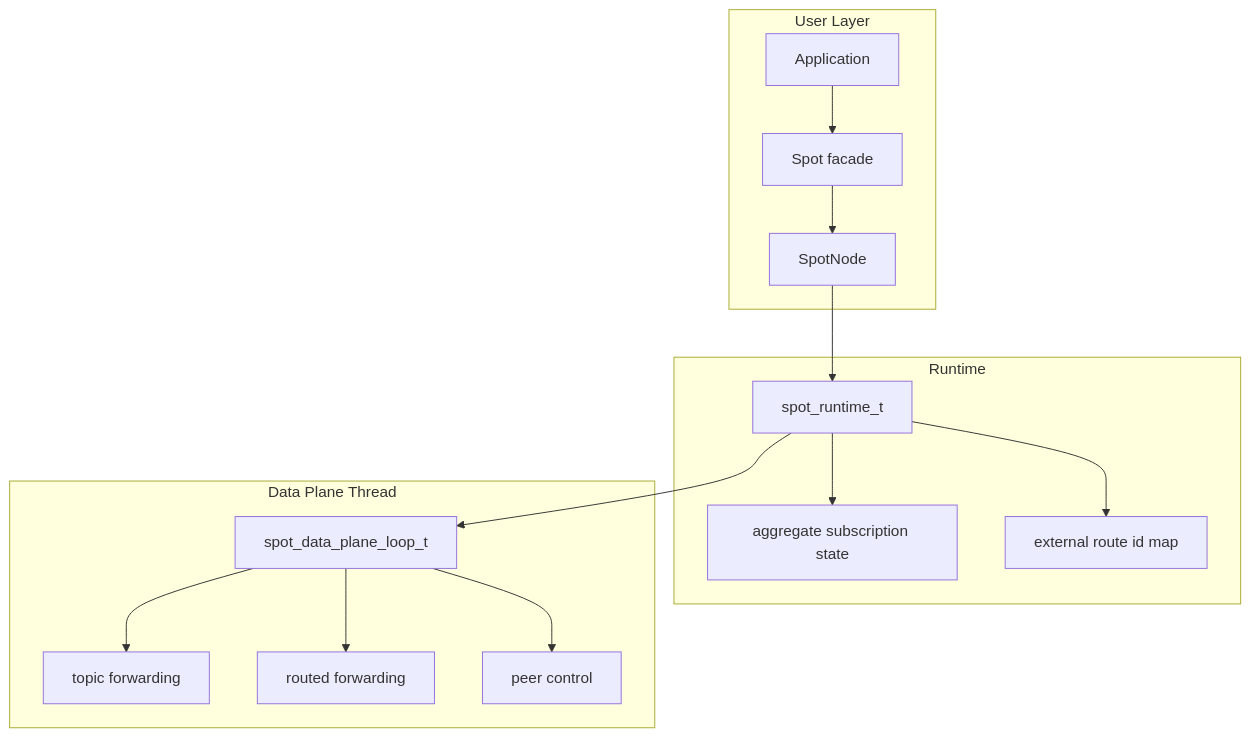
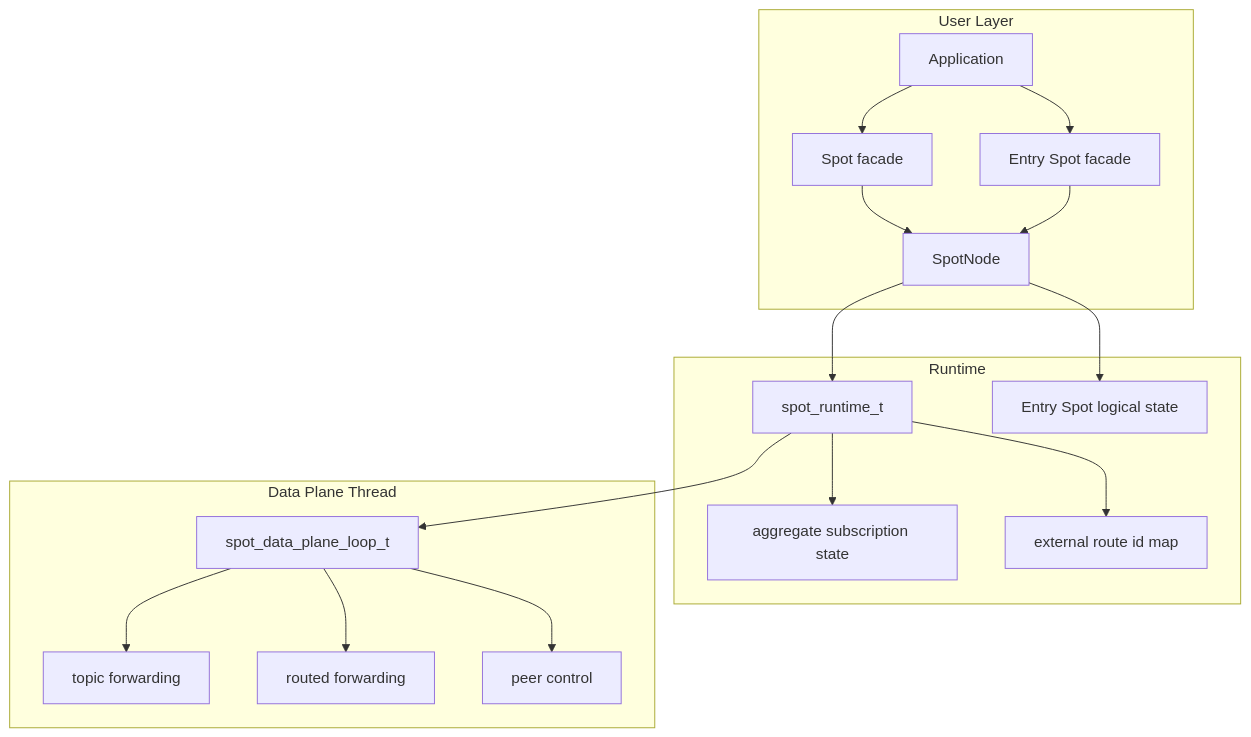
The first of 6 diagrams in doc/internals/spot-internals.ko.md (kairos-code-dev/zlink), drawn with Mermaid before and after one commit. The commit also changed other lines of this file and 85 other files, not shown here.

Commit message:
Implement spot entry transport queues

````diff
--- a/doc/internals/spot-internals.ko.md
+++ b/doc/internals/spot-internals.ko.md
@@ -12,31 +12,36 @@
 ```mermaid
 flowchart TB
     subgraph UserLayer["User Layer"]
         app["Application"]
         spot["Spot facade"]
+        entry["Entry Spot facade"]
         node["SpotNode"]
     end
 
     subgraph RuntimeLayer["Runtime"]
         runtime["spot_runtime_t"]
         agg["aggregate subscription state"]
         route_ids["external route id map"]
+        entry_state["Entry Spot logical state"]
     end
 
     subgraph DataPlane["Data Plane Thread"]
         loop["spot_data_plane_loop_t"]
         topic["topic forwarding"]
         routed["routed forwarding"]
         control["peer control"]
     end
 
     app --> spot
+    app --> entry
     spot --> node
+    entry --> node
     node --> runtime
+    node --> entry_state
     runtime --> agg
     runtime --> route_ids
     runtime --> loop
     loop --> topic
     loop --> routed
     loop --> control
 ```
````
